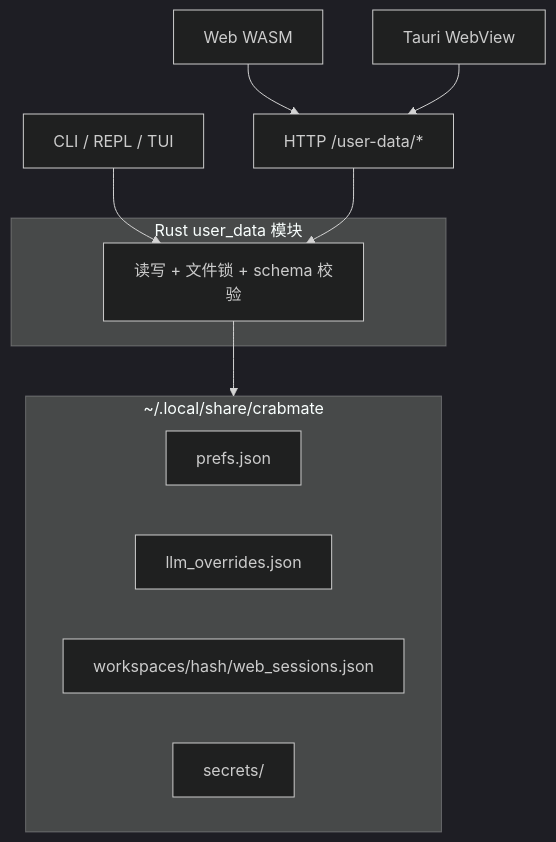
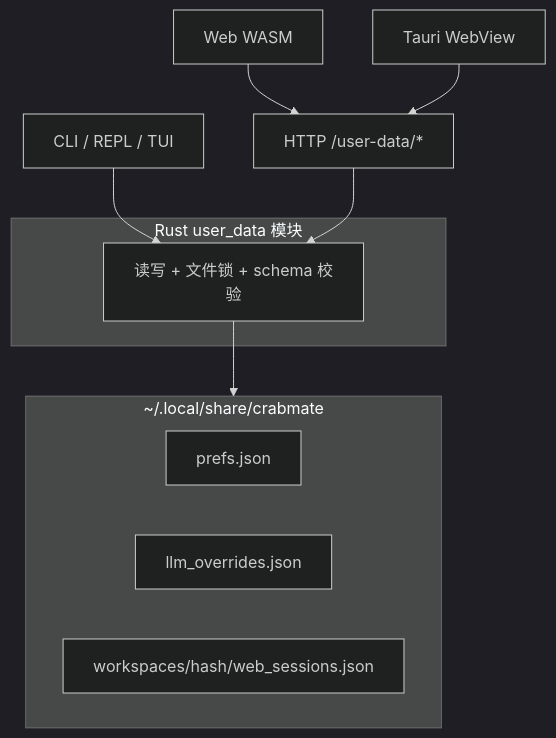
One commit to noisystreet/CrabMate changed the diagram in docs/design/user_data_dir.md. Above: the diagram before and after it, drawn with Mermaid (dark theme). The commit also changed other lines of this file and 6 other files, not shown here.

````diff
--- a/docs/design/user_data_dir.md
+++ b/docs/design/user_data_dir.md
@@ -204,23 +205,22 @@
 ```mermaid
 flowchart TB
   subgraph disk ["~/.local/share/crabmate"]
     P[prefs.json]
     L[llm_overrides.json]
     W[workspaces/hash/web_sessions.json]
-    S[secrets/]
   end
 
   subgraph rust ["Rust user_data 模块"]
     IO[读写 + 文件锁 + schema 校验]
   end
 
   CLI[CLI / REPL / TUI]
   WEB[Web WASM]
   TAU[Tauri WebView]
 
   IO --> disk
   CLI --> IO
   WEB --> API["HTTP /user-data/*"]
   TAU --> API
   API --> IO
 ```
````
